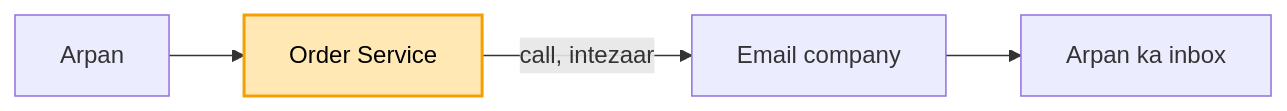
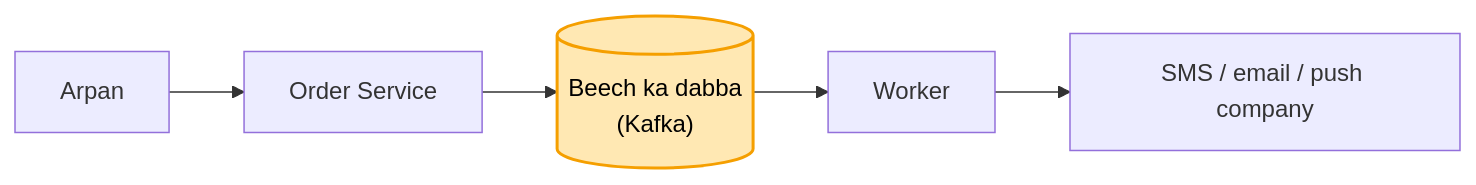
Before and after one commit to ArpanMaheshwari144/Prep: the first of 4 diagrams in 04_HLD/SYSTEM_DESIGNS/04_notification_system/04_notification_system.md, drawn with Mermaid. The commit also changed other lines of this file and 13 other files, not shown here.

````diff
--- a/04_HLD/SYSTEM_DESIGNS/04_notification_system/04_notification_system.md
+++ b/04_HLD/SYSTEM_DESIGNS/04_notification_system/04_notification_system.md
@@ -51,7 +34,8 @@
 ```mermaid
 flowchart LR
     U["Arpan"] --> O["Order Service"]
-    O -- "call, intezaar" --> E["Email company"]
-    E --> I["Arpan ka inbox"]
-    style O fill:#ffe8b3,stroke:#f59f00,stroke-width:2px,color:#000
+    O --> K[("Beech ka dabba<br/>(Kafka)")]
+    K --> W["Worker"]
+    W --> C["SMS / email / push company"]
+    style K fill:#ffe8b3,stroke:#f59f00,stroke-width:2px,color:#000
 ```
````
